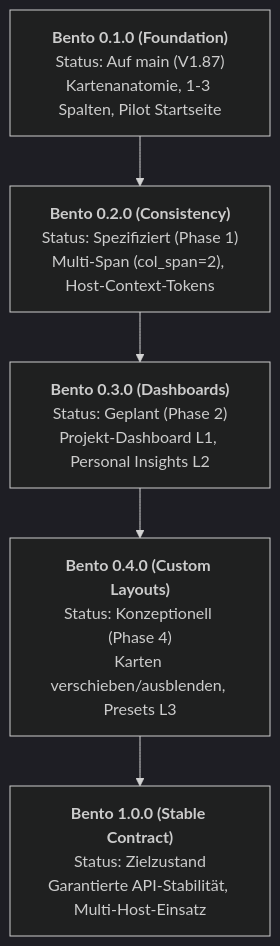
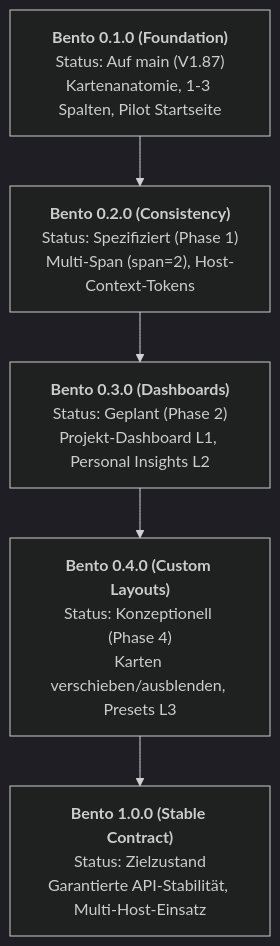
The diagram in 01_Repository/Glide/docs/GLIDE_BENTO_SYSTEM_KONZEPT.md (n05a-design/glide-to-do), drawn with Mermaid (dark theme) before and after one commit. The commit also changed other lines of this file and 19 other files, not shown here.

````diff
--- a/01_Repository/Glide/docs/GLIDE_BENTO_SYSTEM_KONZEPT.md
+++ b/01_Repository/Glide/docs/GLIDE_BENTO_SYSTEM_KONZEPT.md
@@ -280,7 +295,7 @@
 ```mermaid
 flowchart TD
-    V01["<b>Bento 0.1.0 (Foundation)</b><br/>Status: Auf main (V1.87)<br/>Kartenanatomie, 1-3 Spalten, Pilot Startseite"] --> V02["<b>Bento 0.2.0 (Consistency)</b><br/>Status: Spezifiziert (Phase 1)<br/>Multi-Span (col_span=2), Host-Context-Tokens"]
+    V01["<b>Bento 0.1.0 (Foundation)</b><br/>Status: Auf main (V1.87)<br/>Kartenanatomie, 1-3 Spalten, Pilot Startseite"] --> V02["<b>Bento 0.2.0 (Consistency)</b><br/>Status: Spezifiziert (Phase 1)<br/>Multi-Span (span=2), Host-Context-Tokens"]
     V02 --> V03["<b>Bento 0.3.0 (Dashboards)</b><br/>Status: Geplant (Phase 2)<br/>Projekt-Dashboard L1, Personal Insights L2"]
     V03 --> V04["<b>Bento 0.4.0 (Custom Layouts)</b><br/>Status: Konzeptionell (Phase 4)<br/>Karten verschieben/ausblenden, Presets L3"]
     V04 --> V10["<b>Bento 1.0.0 (Stable Contract)</b><br/>Status: Zielzustand<br/>Garantierte API-Stabilität, Multi-Host-Einsatz"]
 ```
````
